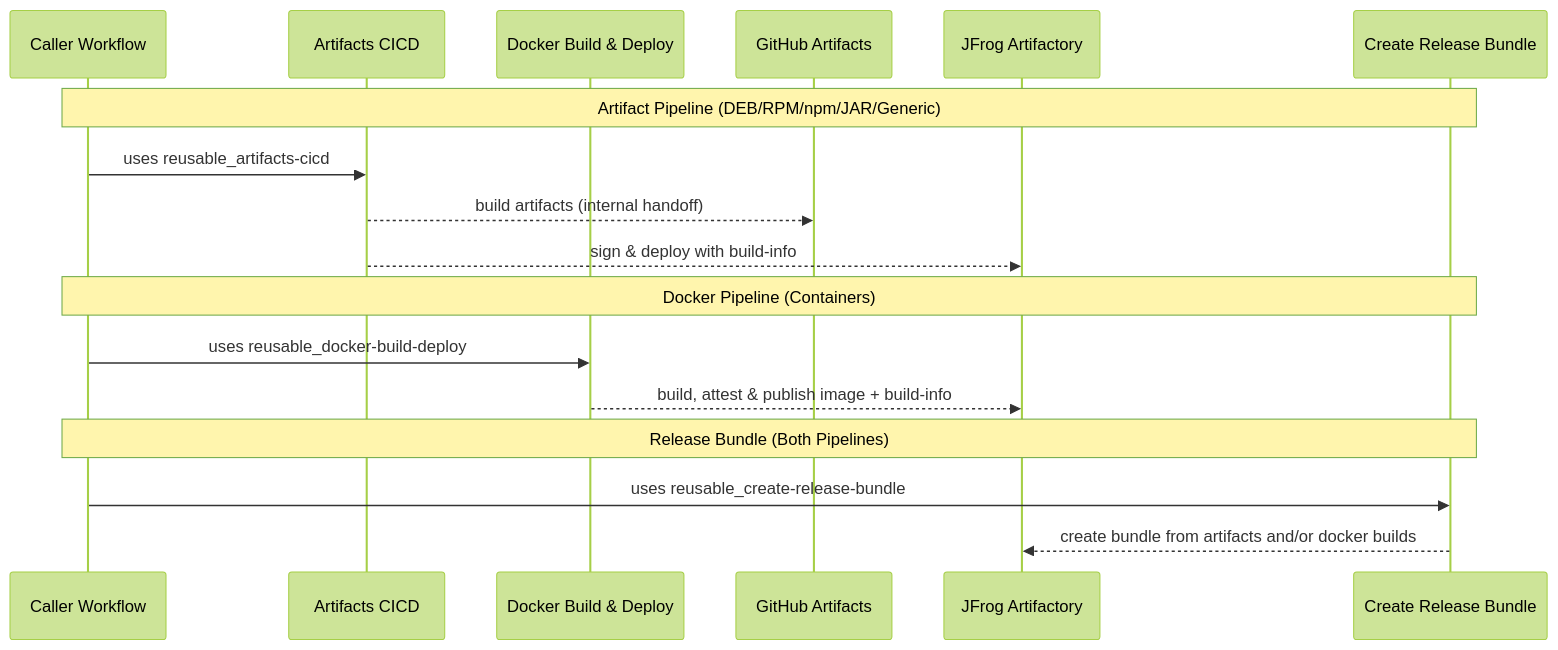
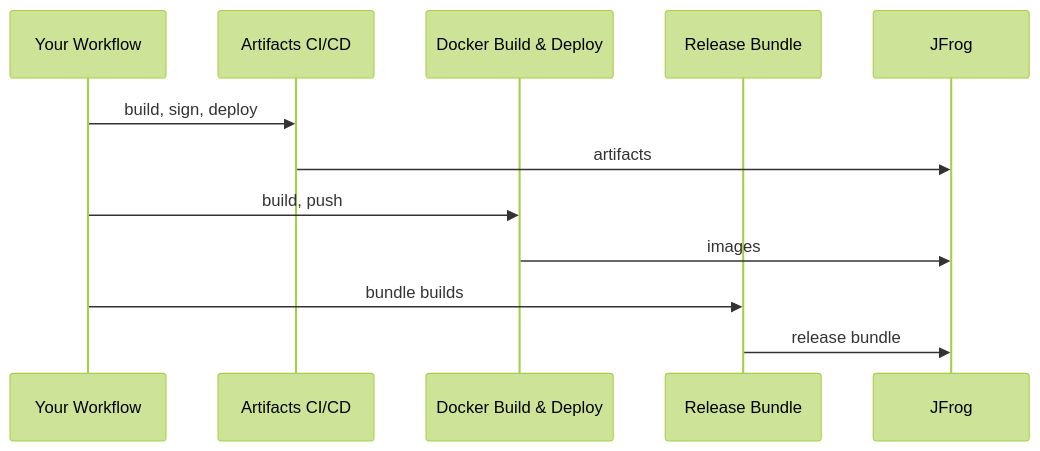
One commit to aerospike/shared-workflows changed the diagram in .github/workflows/docs/CICD-standard.md. Above: the diagram before and after it, drawn with Mermaid (forest theme). The commit also changed other lines of this file and 9 other files, not shown here.

````diff
--- a/.github/workflows/docs/CICD-standard.md
+++ b/.github/workflows/docs/CICD-standard.md
@@ -9,22 +9,14 @@
 ```mermaid
 sequenceDiagram
-  participant WF as Caller Workflow
-  participant CICD as Artifacts CICD
-  participant DBD as Docker Build & Deploy
-  participant GA as GitHub Artifacts
-  participant JF as JFrog Artifactory
-  participant RB as Create Release Bundle
-
-  Note over WF,RB: Artifact Pipeline (DEB/RPM/npm/JAR/Generic)
-  WF->>CICD: uses reusable_artifacts-cicd
-  CICD-->>GA: build artifacts (internal handoff)
-  CICD-->>JF: sign & deploy with build-info
-
-  Note over WF,RB: Docker Pipeline (Containers)
-  WF->>DBD: uses reusable_docker-build-deploy
-  DBD-->>JF: build, attest & publish image + build-info
-
-  Note over WF,RB: Release Bundle (Both Pipelines)
-  WF->>RB: uses reusable_create-release-bundle
-  RB-->>JF: create bundle from artifacts and/or docker builds
+    participant YW as Your Workflow
+    participant CICD as Artifacts CI/CD
+    participant DBD as Docker Build & Deploy
+    participant RB as Release Bundle
+    participant JF as JFrog
+    YW->>CICD: build, sign, deploy
+    CICD->>JF: artifacts
+    YW->>DBD: build, push
+    DBD->>JF: images
+    YW->>RB: bundle builds
+    RB->>JF: release bundle
 ```
````
